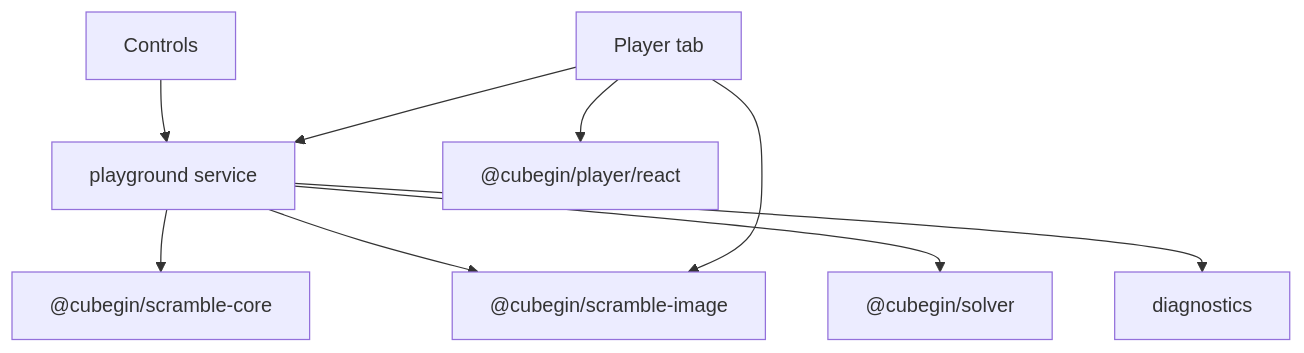
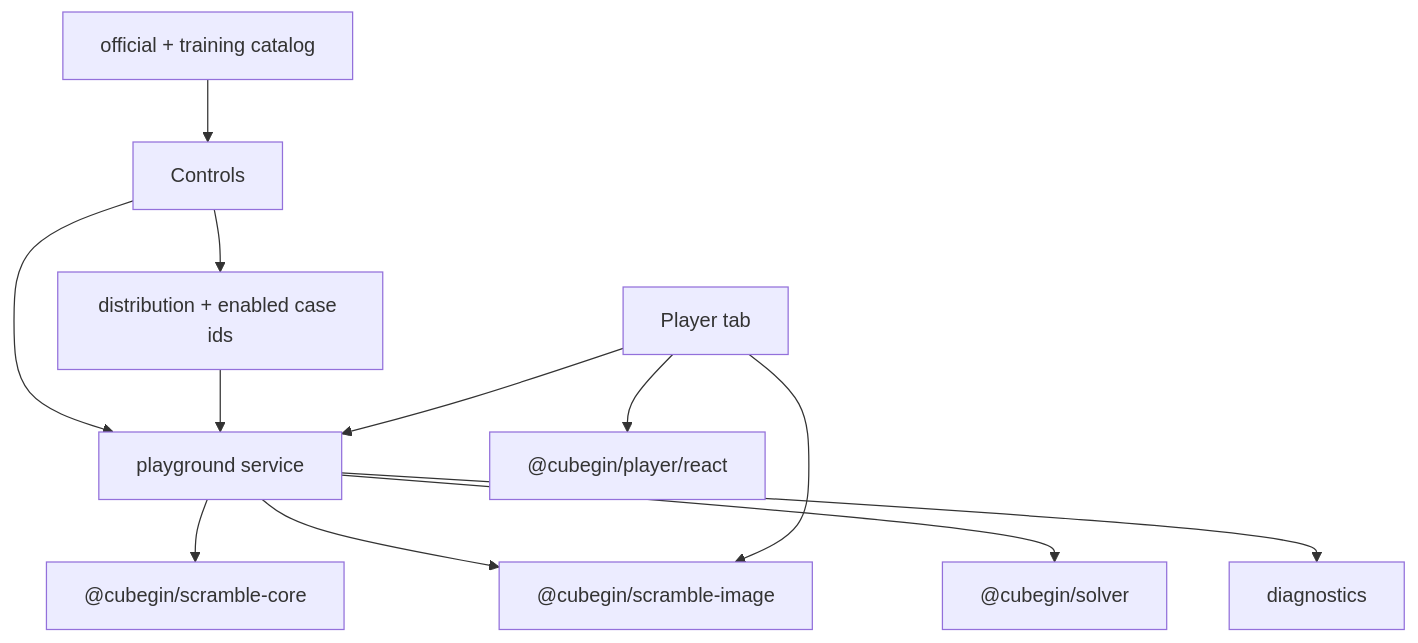
One commit to deweyou/cube-kit changed the diagram in docs/apps/playground/index.md. Above: the diagram before and after it, drawn with Mermaid. The commit also changed other lines of this file and 85 other files, not shown here.

````diff
--- a/docs/apps/playground/index.md
+++ b/docs/apps/playground/index.md
@@ -3,11 +3,14 @@
 ```mermaid
 flowchart TD
     Controls["Controls"] --> Service["playground service"]
+    Catalog["official + training catalog"] --> Controls
+    Controls --> Cases["distribution + enabled case ids"]
+    Cases --> Service
     Service --> Core["@cubegin/scramble-core"]
     Service --> Image["@cubegin/scramble-image"]
     Service --> Solver["@cubegin/solver"]
     Service --> Diagnostics["diagnostics"]
     PlayerTab["Player tab"] --> Player["@cubegin/player/react"]
     PlayerTab --> Service
     PlayerTab --> Image
 ```
````
